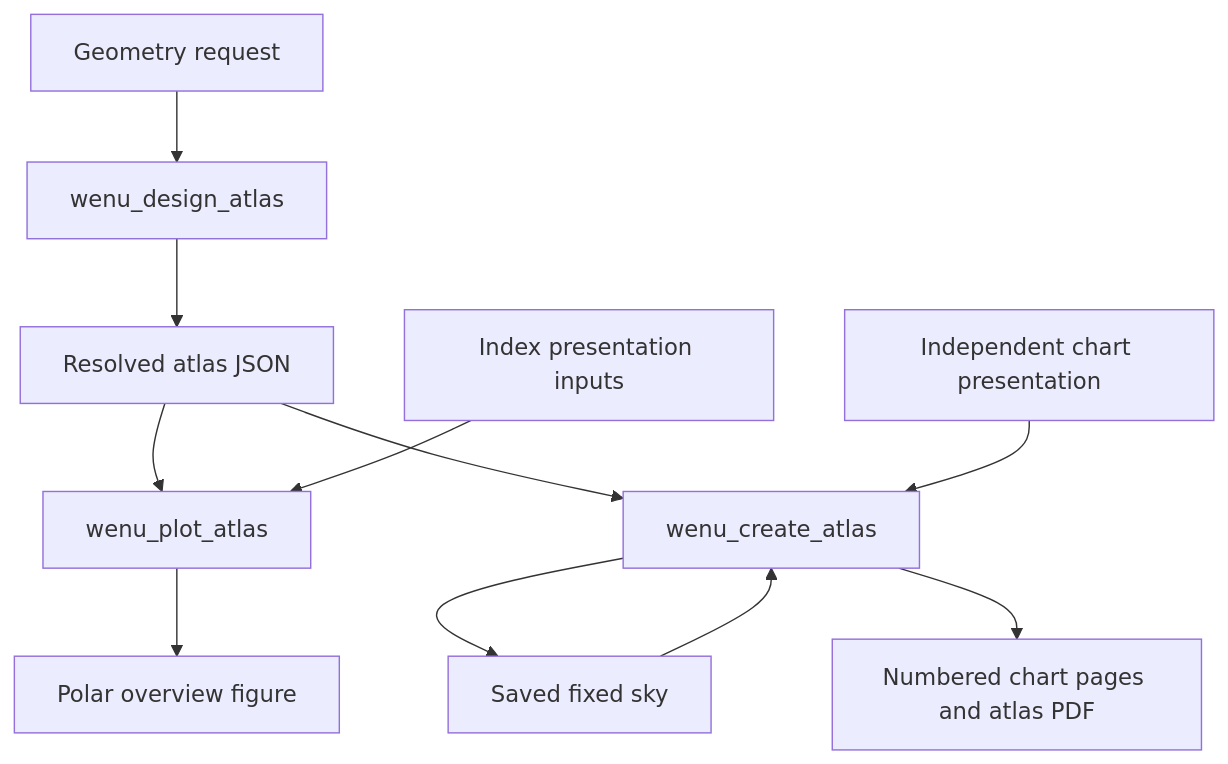
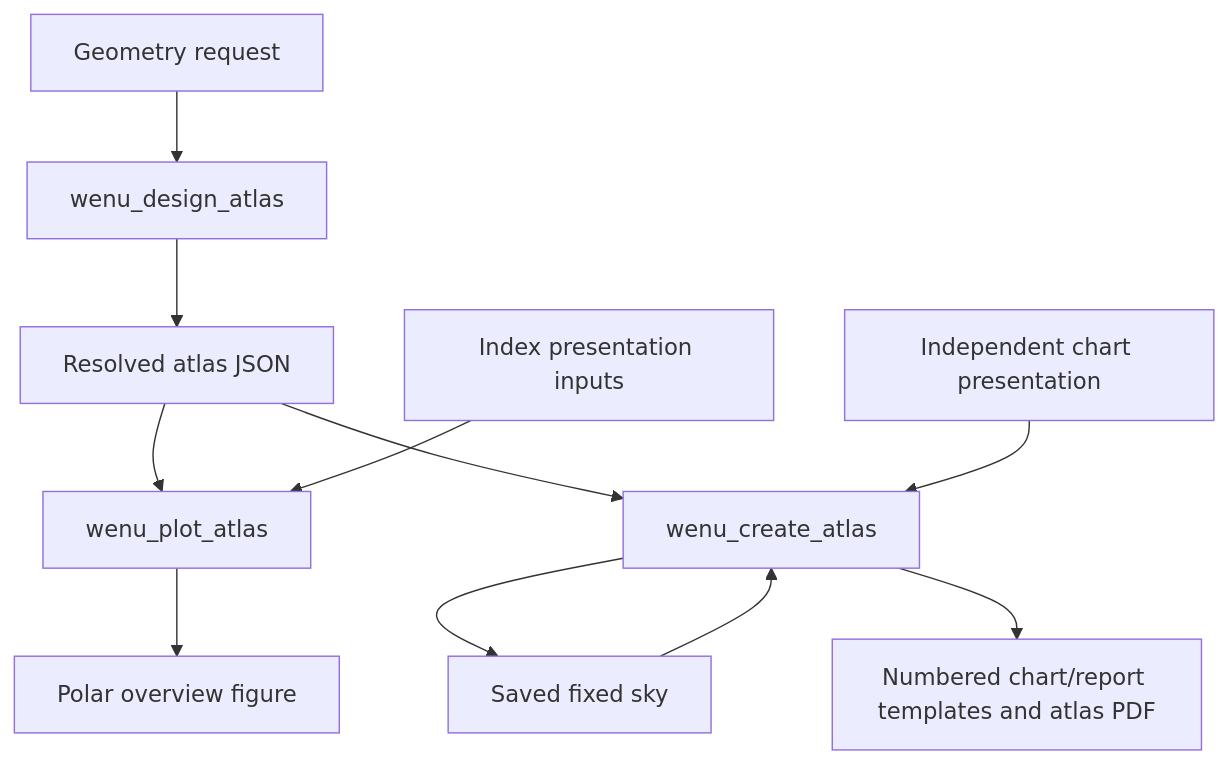
The diagram in docs/user_guide/atlas.md (fselman/wenu), drawn with Mermaid before and after one commit. The commit also changed other lines of this file and 8 other files, not shown here.

Commit message:
Frame atlas report templates, export matching formats and bound magnitude keys

````diff
--- a/docs/user_guide/atlas.md
+++ b/docs/user_guide/atlas.md
@@ -15,13 +17,13 @@
 ```mermaid
 flowchart TD
     G["Geometry request"] --> D["wenu_design_atlas"]
     D --> J["Resolved atlas JSON"]
     J --> P["wenu_plot_atlas"]
     I["Index presentation inputs"] --> P
     P --> O["Polar overview figure"]
     J --> C["wenu_create_atlas"]
     B["Saved fixed sky"] --> C
     E["Independent chart presentation"] --> C
     C --> B
-    C --> R["Numbered chart pages and atlas PDF"]
+    C --> R["Numbered chart/report templates and atlas PDF"]
 ```
````
